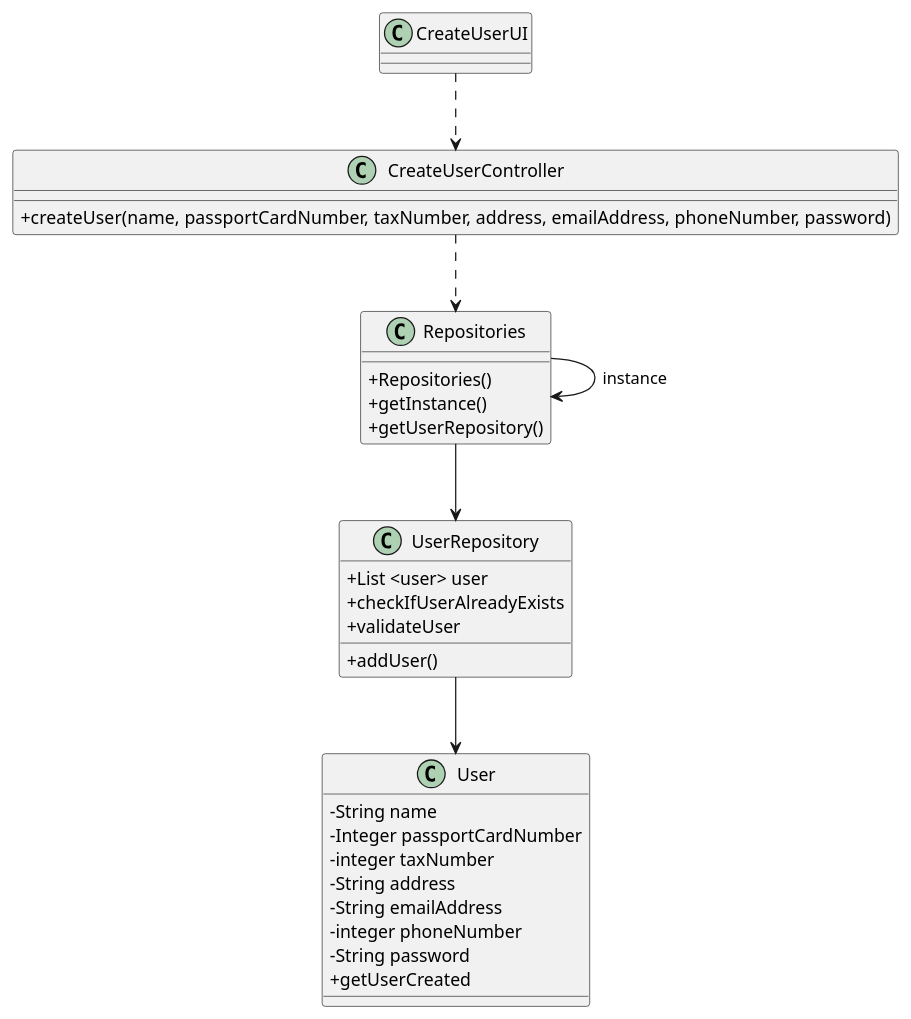
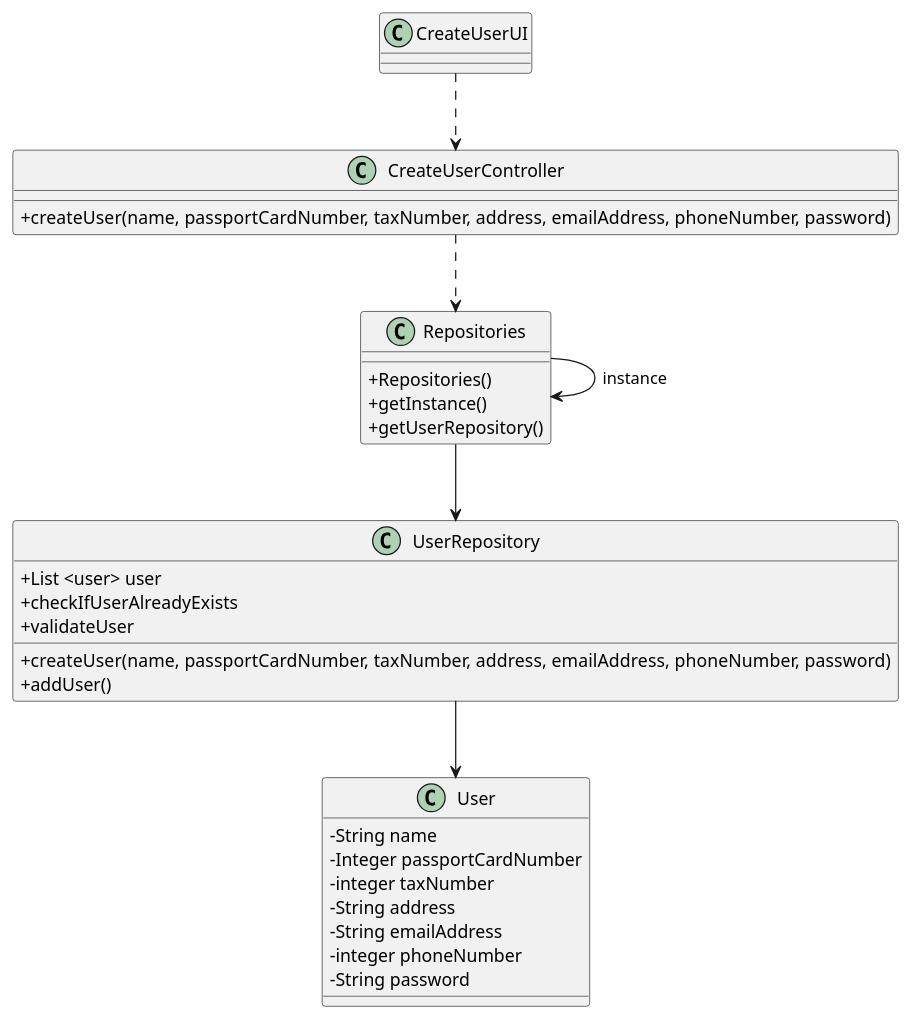
The diagram in docs/sprintB/us007/03.design/puml/us007-class-diagram.puml (1220812/LAPR2), drawn with PlantUML before and after one commit. The commit also changed 2 other files, not shown here.

```diff
--- a/docs/sprintB/us007/03.design/puml/us007-class-diagram.puml
+++ b/docs/sprintB/us007/03.design/puml/us007-class-diagram.puml
@@ -1,51 +1,51 @@
 @startuml
 'skinparam monochrome true
 skinparam packageStyle rectangle
 skinparam shadowing false
 skinparam linetype polyline
 'skinparam linetype orto
 
 skinparam classAttributeIconSize 0
 
 'left to right direction
 
 class CreateUserUI{
 }
 
 class CreateUserController{
 +createUser(name, passportCardNumber, taxNumber, address, emailAddress, phoneNumber, password)
 }
 
 class Repositories{
 +Repositories()
 +getInstance()
 +getUserRepository()
 }
 
 class UserRepository{
 + List <user> user
++ createUser(name, passportCardNumber, taxNumber, address, emailAddress, phoneNumber, password)
 +addUser()
 +checkIfUserAlreadyExists
 +validateUser
 }
 
 class User{
 - String name
 - Integer passportCardNumber
 - integer taxNumber
 - String address
 - String emailAddress
 - integer phoneNumber
 - String password
-+ getUserCreated
 }
 
 CreateUserUI .-> CreateUserController
 
 CreateUserController ..> Repositories
 
 Repositories --> UserRepository
 
 Repositories --> Repositories : instance
 UserRepository --> User
 @enduml
```
